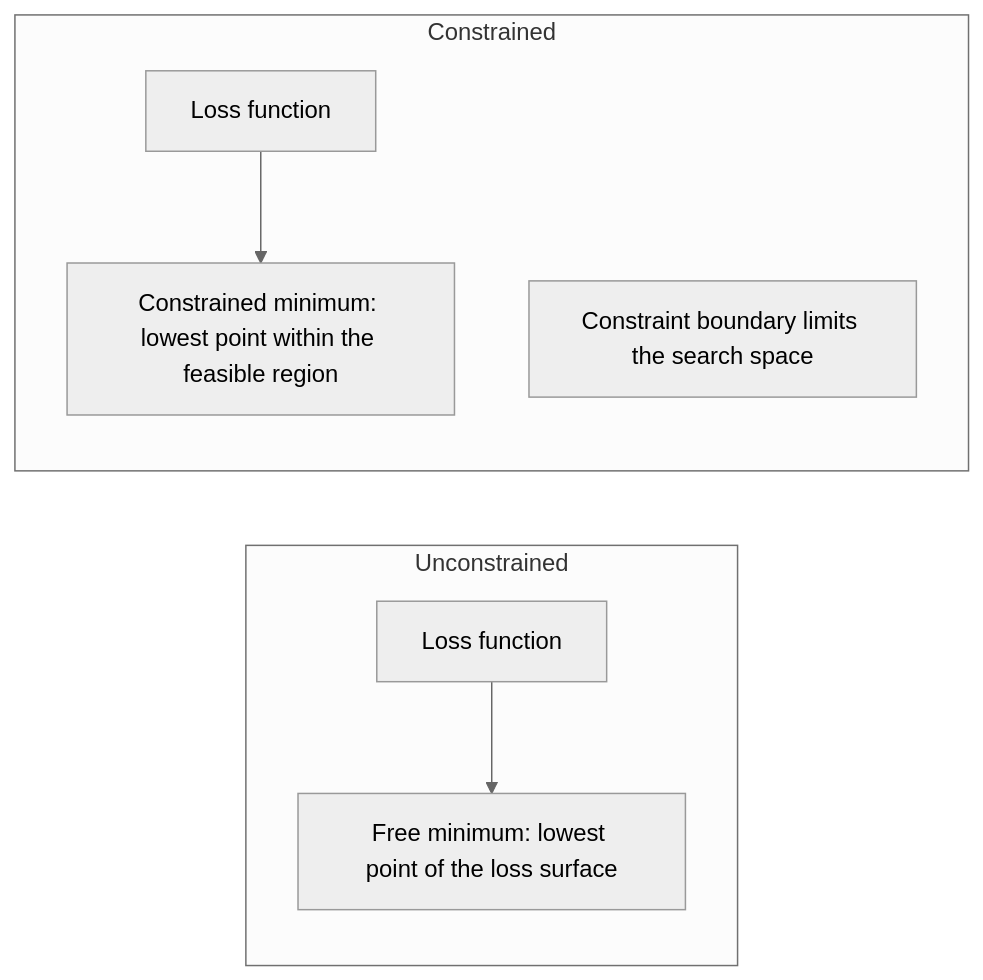
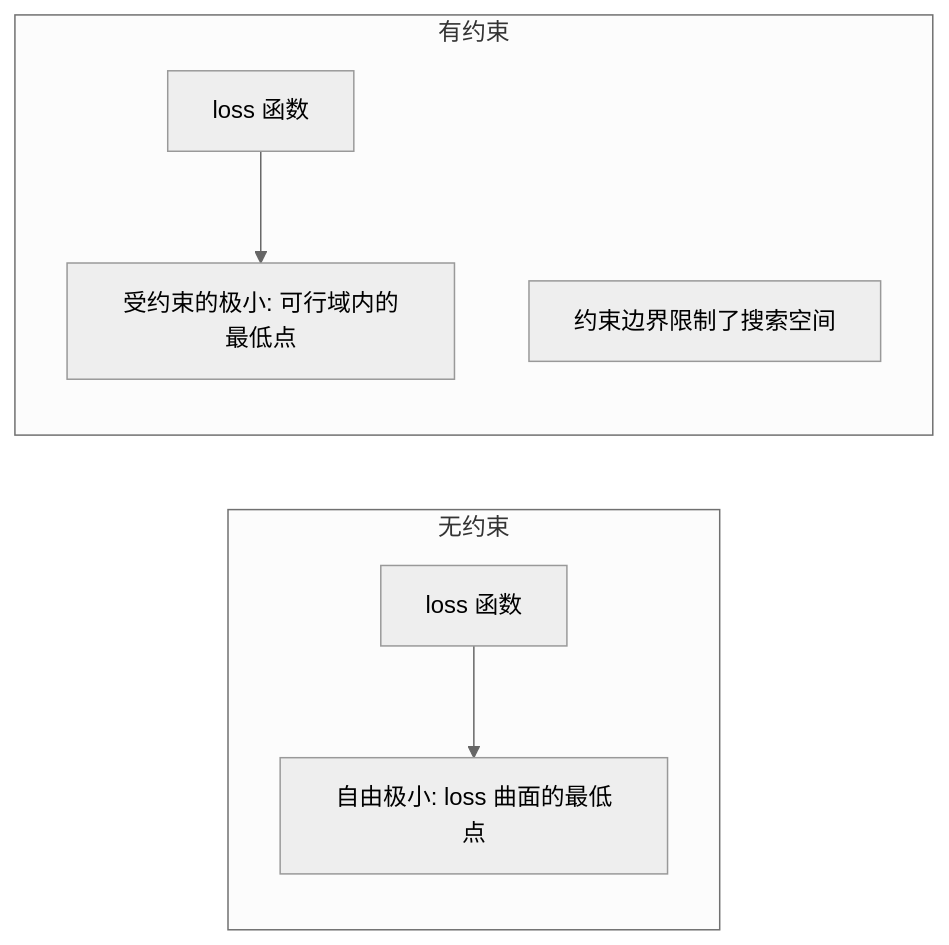
Before and after one commit to JerryC8080/ai-engineering-from-scratch-zh: the third of 4 diagrams in phases/01-math-foundations/18-convex-optimization/docs/zh.md, drawn with Mermaid (neutral theme). The commit also changed other lines of this file and 156 other files, not shown here.

First line of the commit message:
i18n(zh): translate mermaid diagram labels in 157 lesson zh.md

````diff
--- a/phases/01-math-foundations/18-convex-optimization/docs/zh.md
+++ b/phases/01-math-foundations/18-convex-optimization/docs/zh.md
@@ -206,10 +206,10 @@
 ```mermaid
 graph LR
-    subgraph "Unconstrained"
-        U1["Loss function"] --> U2["Free minimum: lowest point of the loss surface"]
+    subgraph "无约束"
+        U1["loss 函数"] --> U2["自由极小: loss 曲面的最低点"]
     end
-    subgraph "Constrained"
-        C1["Loss function"] --> C2["Constrained minimum: lowest point within the feasible region"]
-        C3["Constraint boundary limits the search space"]
+    subgraph "有约束"
+        C1["loss 函数"] --> C2["受约束的极小: 可行域内的最低点"]
+        C3["约束边界限制了搜索空间"]
     end
 ```
````
